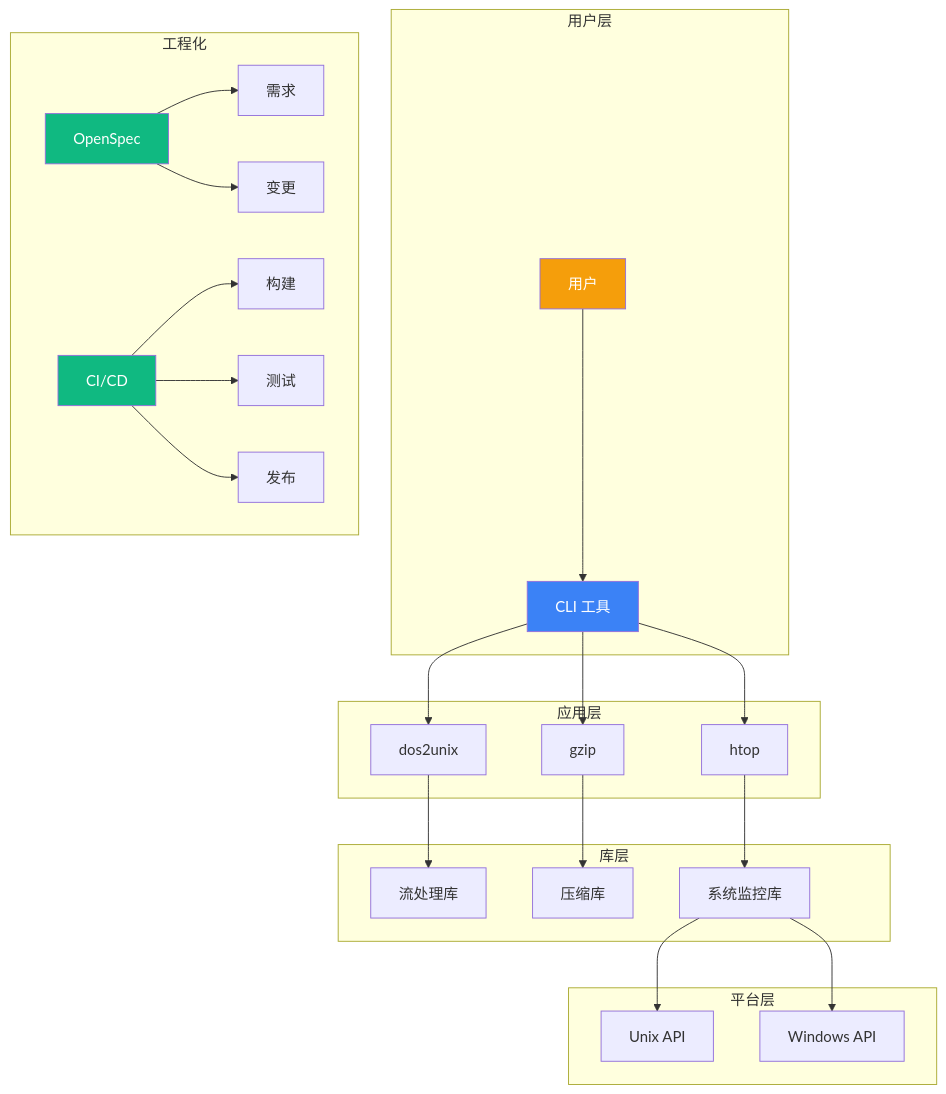
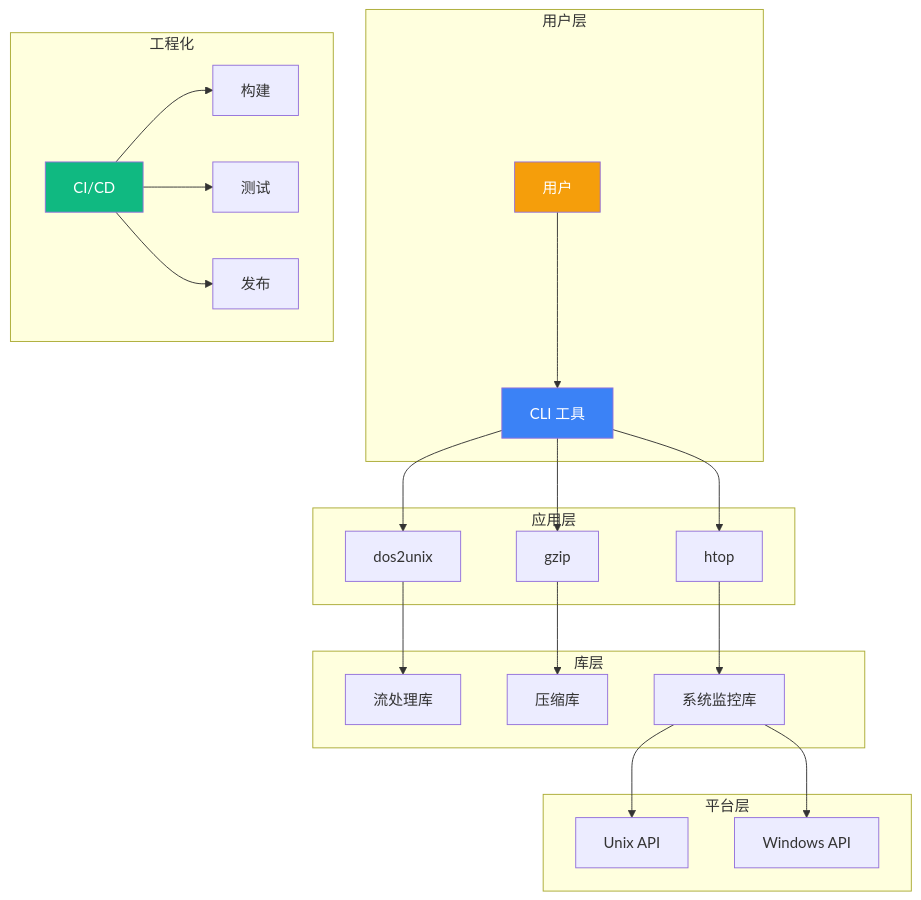
One commit to build-workbench/utop changed the first of 7 diagrams in docs/whitepaper/architecture.md. Above: the diagram before and after it, drawn with Mermaid. The commit also changed other lines of this file and 185 other files, not shown here.

````diff
--- a/docs/whitepaper/architecture.md
+++ b/docs/whitepaper/architecture.md
@@ -7,36 +7,33 @@
 ```mermaid
 graph TB
     subgraph "用户层"
         U[用户] --> CLI[CLI 工具]
     end
     
     subgraph "应用层"
         CLI --> D1[dos2unix]
         CLI --> D2[gzip]
         CLI --> D3[htop]
     end
     
     subgraph "库层"
         D1 --> L1[流处理库]
         D2 --> L2[压缩库]
         D3 --> L3[系统监控库]
     end
     
     subgraph "平台层"
         L3 --> P1[Unix API]
         L3 --> P2[Windows API]
     end
     
     subgraph "工程化"
-        E1[OpenSpec] --> E2[需求]
-        E1 --> E3[变更]
         E4[CI/CD] --> E5[构建]
         E4 --> E6[测试]
         E4 --> E7[发布]
     end
     
     style U fill:#f59e0b,color:#fff
     style CLI fill:#3b82f6,color:#fff
-    style E1 fill:#10b981,color:#fff
     style E4 fill:#10b981,color:#fff
 ```
````
